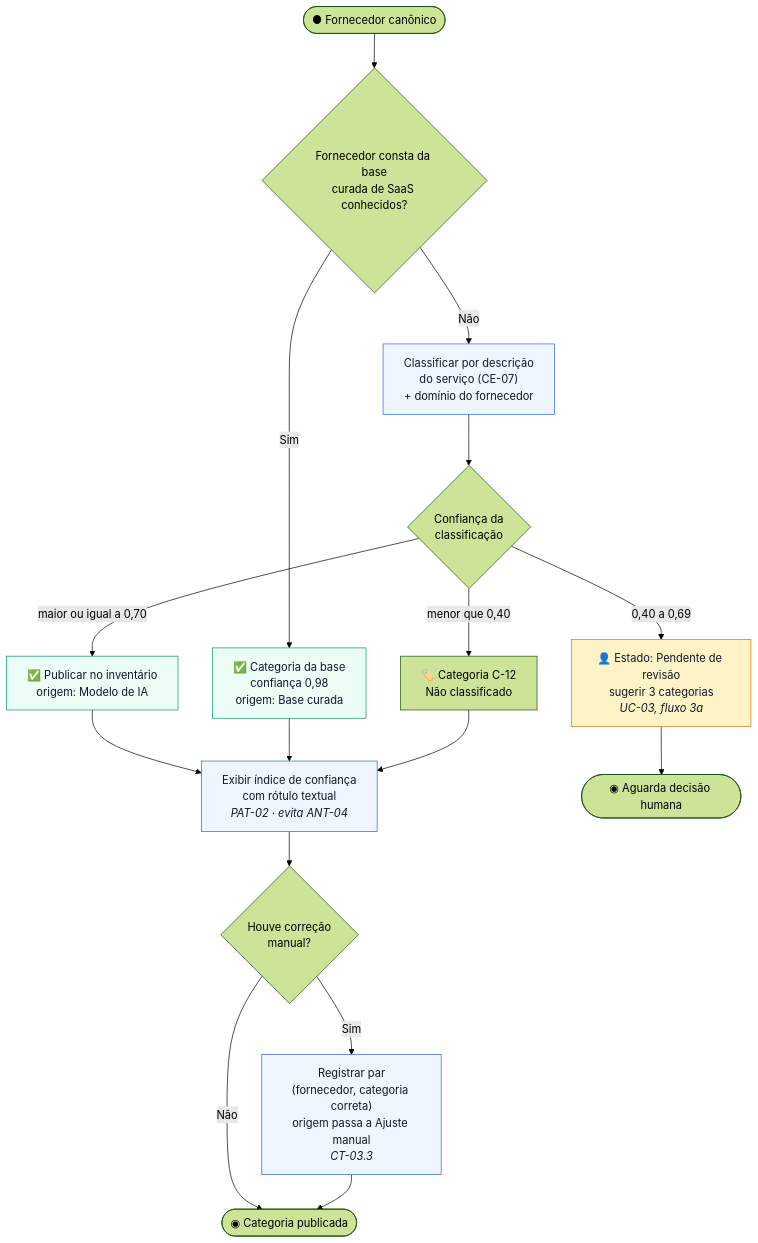
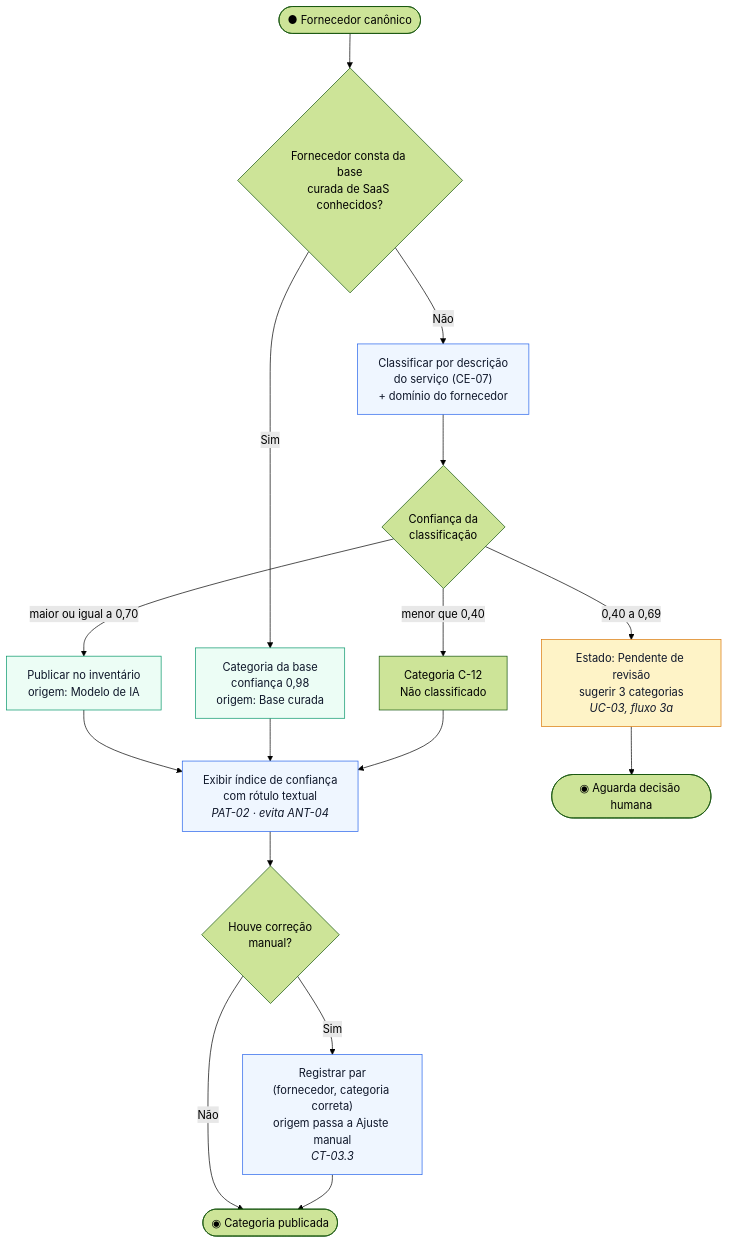
The third of 5 diagrams in semana-04/entregavel-01-fluxogramas-motor-ia-algoritmo-consolidacao.md (ES-2026-2/PS), drawn with Mermaid (forest theme) before and after one commit. The commit also changed other lines of this file and 24 other files, not shown here.

````diff
--- a/semana-04/entregavel-01-fluxogramas-motor-ia-algoritmo-consolidacao.md
+++ b/semana-04/entregavel-01-fluxogramas-motor-ia-algoritmo-consolidacao.md
@@ -138,27 +138,27 @@
 ```mermaid
 flowchart TD
     A(["● Fornecedor canônico"]) --> B{"Fornecedor consta da base<br/>curada de SaaS conhecidos?"}
-    B -->|"Sim"| C["✅ Categoria da base<br/>confiança 0,98<br/>origem: Base curada"]
+    B -->|"Sim"| C["Categoria da base<br/>confiança 0,98<br/>origem: Base curada"]
     B -->|"Não"| D["Classificar por descrição<br/>do serviço (CE-07)<br/>+ domínio do fornecedor"]
     D --> E{"Confiança da<br/>classificação"}
-    E -->|"maior ou igual a 0,70"| F["✅ Publicar no inventário<br/>origem: Modelo de IA"]
-    E -->|"0,40 a 0,69"| G["👤 Estado: Pendente de revisão<br/>sugerir 3 categorias<br/><i>UC-03, fluxo 3a</i>"]
-    E -->|"menor que 0,40"| H["🏷️ Categoria C-12<br/>Não classificado"]
+    E -->|"maior ou igual a 0,70"| F["Publicar no inventário<br/>origem: Modelo de IA"]
+    E -->|"0,40 a 0,69"| G["Estado: Pendente de revisão<br/>sugerir 3 categorias<br/><i>UC-03, fluxo 3a</i>"]
+    E -->|"menor que 0,40"| H["Categoria C-12<br/>Não classificado"]
 
     F --> I["Exibir índice de confiança<br/>com rótulo textual<br/><i>PAT-02 · evita ANT-04</i>"]
     C --> I
     G --> J(["◉ Aguarda decisão humana"])
     H --> I
 
     I --> K{"Houve correção<br/>manual?"}
     K -->|"Sim"| L["Registrar par<br/>(fornecedor, categoria correta)<br/>origem passa a Ajuste manual<br/><i>CT-03.3</i>"]
     K -->|"Não"| M(["◉ Categoria publicada"])
     L --> M
 
     classDef ok fill:#ECFDF5,stroke:#059669,color:#0F172A
     classDef rev fill:#FEF3C7,stroke:#D97706,color:#0F172A
     classDef sis fill:#EFF6FF,stroke:#2563EB,color:#0F172A
     class C,F ok
     class G rev
     class D,I,L sis
 ```
````
